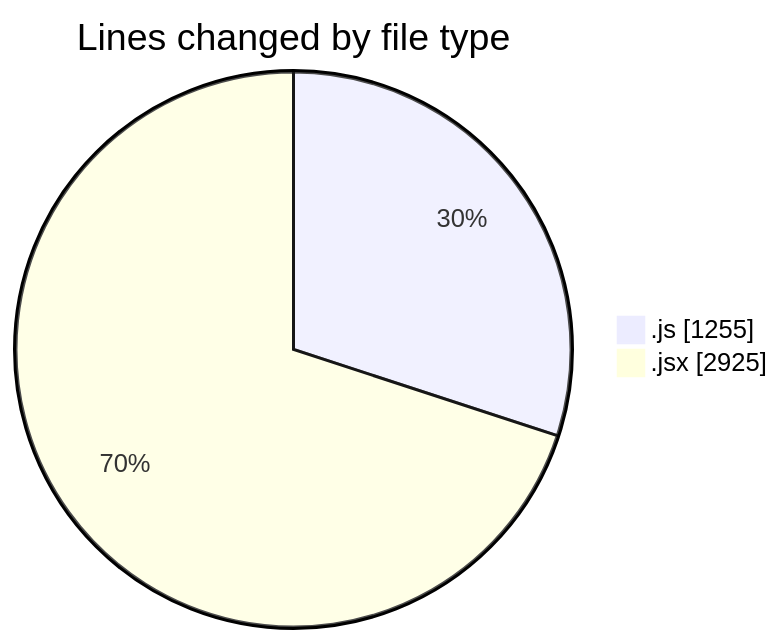
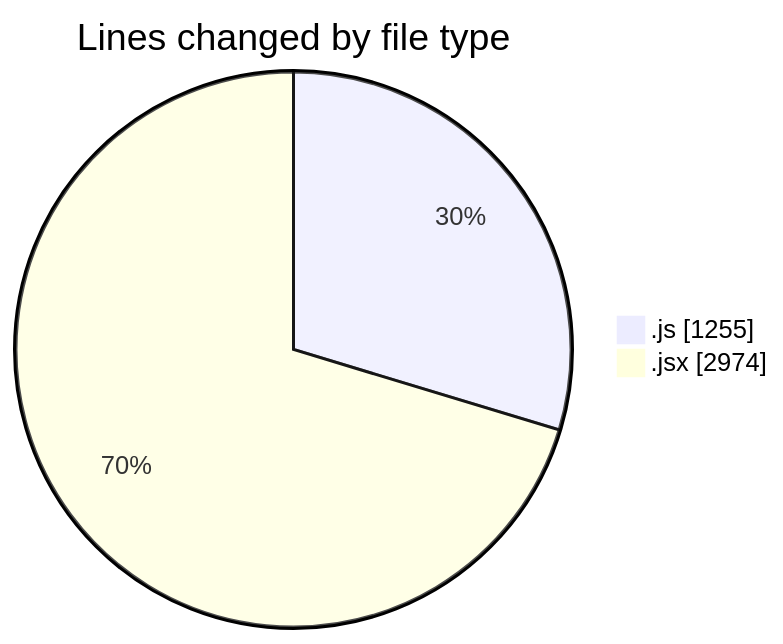
The first of 2 diagrams in 2025-10-10/nxtqube_webapp/README.md (nxtqubesakshisongat/code-tracking), drawn with Mermaid before and after one commit. The commit also changed other lines of this file and 1 other file, not shown here.

````diff
--- a/2025-10-10/nxtqube_webapp/README.md
+++ b/2025-10-10/nxtqube_webapp/README.md
@@ -26,6 +26,6 @@
 ```mermaid
 pie showData
 title Lines changed by file type
 ".js" : 1255
-".jsx" : 2925
+".jsx" : 2974
 ```
````
